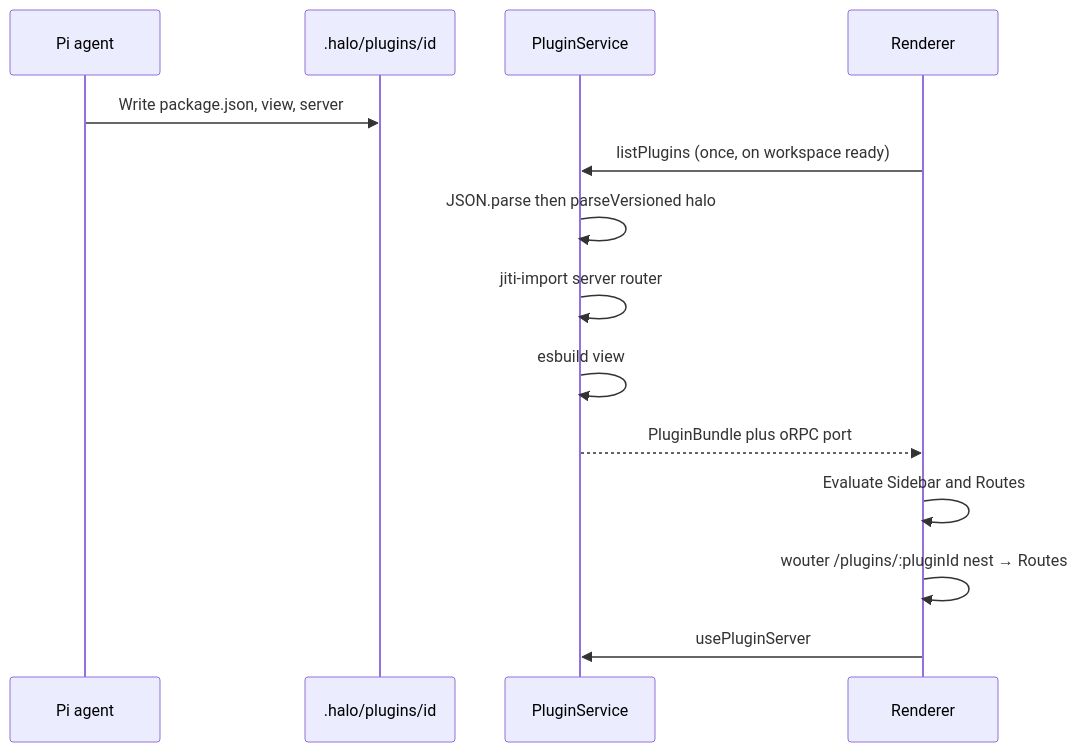
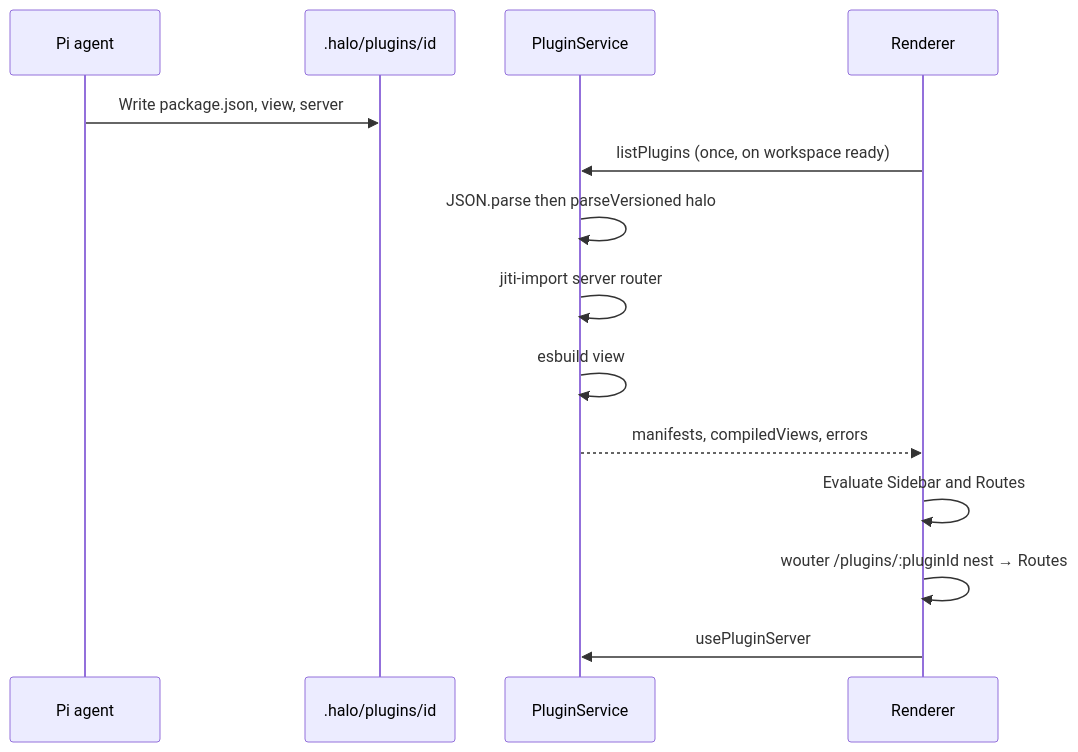
The second of 2 diagrams in specs/plugin-system.md (tanishqkancharla/halo-v2), drawn with Mermaid before and after one commit. The commit also changed other lines of this file and 7 other files, not shown here.

First line of the commit message:
Evaluate plugin views in the renderer.

````diff
--- a/specs/plugin-system.md
+++ b/specs/plugin-system.md
@@ -21,17 +21,17 @@
 ```mermaid
 sequenceDiagram
     participant Agent as Pi agent
     participant Disk as .halo/plugins/id
     participant Main as PluginService
     participant UI as Renderer
 
     Agent->>Disk: Write package.json, view, server
     UI->>Main: listPlugins (once, on workspace ready)
     Main->>Main: JSON.parse then parseVersioned halo
     Main->>Main: jiti-import server router
     Main->>Main: esbuild view
-    Main-->>UI: PluginBundle plus oRPC port
+    Main-->>UI: manifests, compiledViews, errors
     UI->>UI: Evaluate Sidebar and Routes
     UI->>UI: wouter /plugins/:pluginId nest → Routes
     UI->>Main: usePluginServer
 ```
````
